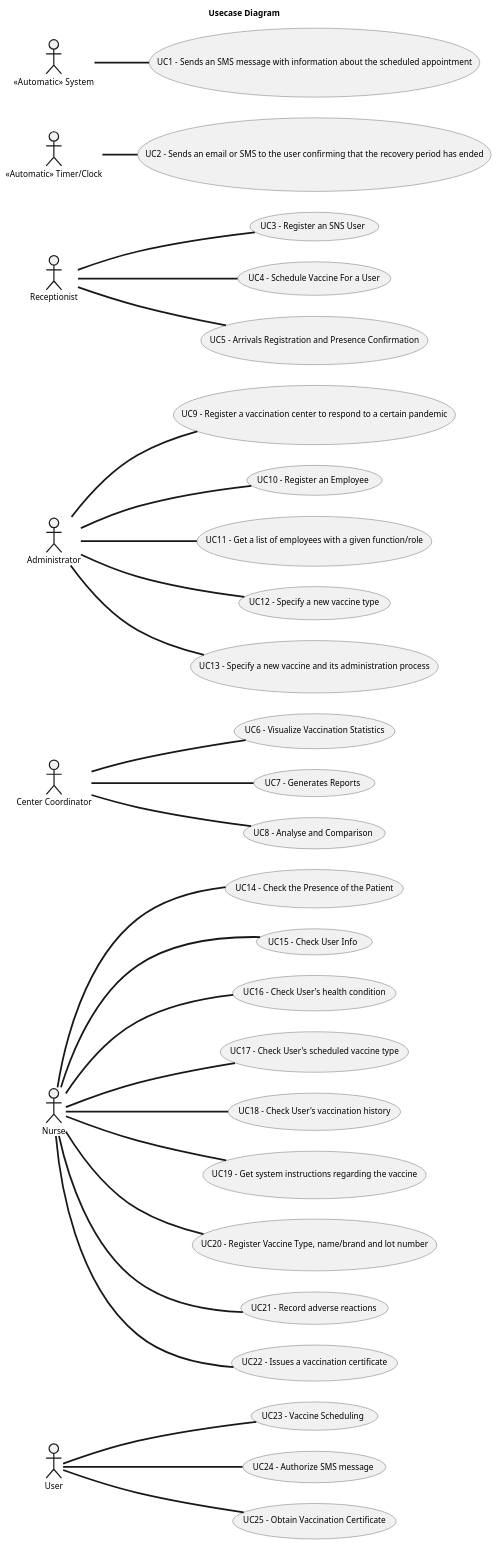
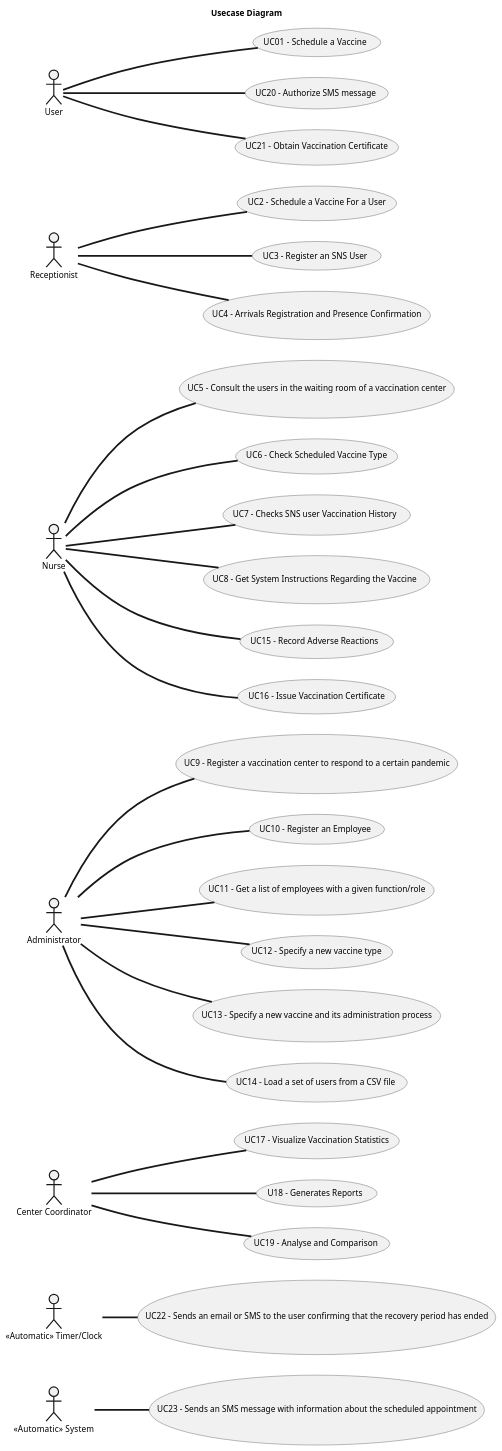
Before and after one commit to Pirussa/lei-22-s2-1da-g02: the diagram in docs/SprintC/UCD.puml, drawn with PlantUML. The commit also changed other lines of this file and 7 other files, not shown here.

```diff
--- a/docs/SprintC/UCD.puml
+++ b/docs/SprintC/UCD.puml
@@ -1,104 +1,99 @@
 @startuml
-'https://plantuml.com/use-case-diagram
-
 
 left to right direction
 title Usecase Diagram
 skinparam titleBorderRoundCorner 20
 skinparam titleBorderThickness 2
 skinparam arrowThickness 3
 
 
-'**********User*************
-Usecase UC23 as "UC23 - Vaccine Scheduling"
-Usecase UC24 as "UC24 - Authorize SMS message"
-Usecase UC25 as "UC25 - Obtain Vaccination Certificate"
+'**********System*************
+Usecase UC23 as "UC23 - Sends an SMS message with information about the scheduled appointment"
 
-:User: as U
+:<<Automatic>>  System: as S
 
-U -d- UC23
-U -d- UC24
-U -d- UC25
+S -d- UC23
 
 
+'**********Timer*************
+Usecase UC22 as "UC22 - Sends an email or SMS to the user confirming that the recovery period has ended"
 
+:<<Automatic>> Timer/Clock: as TC
 
-
-'**********Nurse*************
-Usecase UC14 as "UC14 - Check the Presence of the Patient"
-Usecase UC15 as "UC15 - Check User Info"
-Usecase UC16 as "UC16 - Check User's health condition"
-Usecase UC17 as "UC17 - Check User's scheduled vaccine type"
-Usecase UC18 as "UC18 - Check User's vaccination history"
-Usecase UC19 as "UC19 - Get system instructions regarding the vaccine"
-Usecase UC20 as "UC20 - Register Vaccine Type, name/brand and lot number"
-Usecase UC21 as "UC21 - Record adverse reactions"
-Usecase UC22 as "UC22 - Issues a vaccination certificate"
-
-:Nurse: as N
-
-N -d- UC14
-N -d- UC15
-N -d- UC16
-N -d- UC17
-N -d- UC18
-N -d- UC19
-N -d- UC20
-N -d- UC21
-N -d- UC22
+TC -d- UC22
 
 
 '**********Center Coordinator*************
-Usecase UC6 as "UC6 - Visualize Vaccination Statistics"
-Usecase UC7 as "UC7 - Generates Reports"
-Usecase UC8 as "UC8 - Analyse and Comparison"
+Usecase UC17 as "UC17 - Visualize Vaccination Statistics"
+Usecase UC18 as "U18 - Generates Reports"
+Usecase UC19 as "UC19 - Analyse and Comparison"
 
 :Center Coordinator: as CC
 
-CC -d- UC6
-CC -d- UC7
-CC -d- UC8
+CC -d- UC17
+CC -d- UC18
+CC -d- UC19
 
 
 '**********Administrator*************
 Usecase UC9 as "UC9 - Register a vaccination center to respond to a certain pandemic"
 Usecase UC10 as "UC10 - Register an Employee"
 Usecase UC11 as "UC11 - Get a list of employees with a given function/role"
 Usecase UC12 as "UC12 - Specify a new vaccine type"
 Usecase UC13 as "UC13 - Specify a new vaccine and its administration process"
+Usecase UC14 as "UC14 - Load a set of users from a CSV file "
 
 :Administrator: as A
 
 A -d- UC9
 A -d- UC10
 A -d- UC11
 A -d- UC12
 A -d- UC13
+A -d- UC14
+
+
+'**********Nurse*************
+Usecase UC5 as "UC5 - Consult the users in the waiting room of a vaccination center"
+Usecase UC6 as "UC6 - Check Scheduled Vaccine Type"
+Usecase UC7 as "UC7 - Checks SNS user Vaccination History  "
+Usecase UC8 as "UC8 - Get System Instructions Regarding the Vaccine  "
+Usecase UC15 as "UC15 - Record Adverse Reactions  "
+Usecase UC16 as "UC16 - Issue Vaccination Certificate"
+
+
+:Nurse: as N
+
+N -d- UC5
+N -d- UC6
+N -d- UC7
+N -d- UC8
+N -d- UC15
+N -d- UC16
+
 
 '**********Receptionist*************
+Usecase UC2 as "UC2 - Schedule a Vaccine For a User"
 Usecase UC3 as "UC3 - Register an SNS User"
-Usecase UC4 as "UC4 - Schedule Vaccine For a User"
-Usecase UC5 as "UC5 - Arrivals Registration and Presence Confirmation"
+Usecase UC4 as "UC4 - Arrivals Registration and Presence Confirmation"
 
 :Receptionist: as R
 
+R -d- UC2
 R -d- UC3
 R -d- UC4
-R -d- UC5
-
-'**********Timer*************
-Usecase UC2 as "UC2 - Sends an email or SMS to the user confirming that the recovery period has ended"
-
-:<<Automatic>> Timer/Clock: as TC
-
-TC -d- UC2
 
 
-'**********System*************
-Usecase UC1 as "UC1 - Sends an SMS message with information about the scheduled appointment"
+'**********User*************
+Usecase UC01 as "UC01 -  Schedule a Vaccine"
+Usecase UC20 as "UC20 - Authorize SMS message"
+Usecase UC21 as "UC21 - Obtain Vaccination Certificate"
 
-:<<Automatic>>  System: as S
+:User: as U
 
-S -d- UC1
+U -d- UC01
+U -d- UC20
+U -d- UC21
+
 
 @enduml
```
